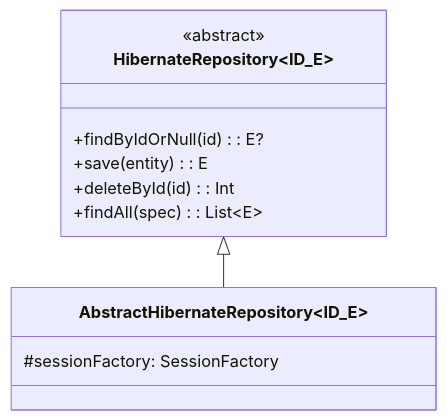
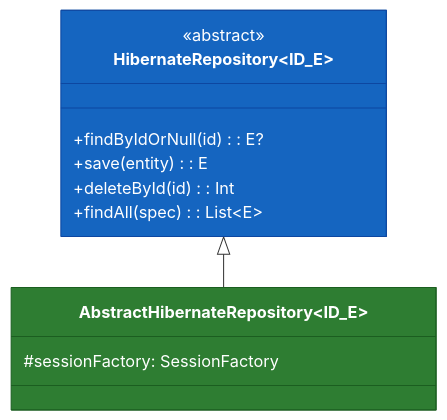
One commit to bluetape4k/bluetape4k-projects changed the first of 3 diagrams in data/hibernate/README.ko.md. Above: the diagram before and after it, drawn with Mermaid. The commit also changed other lines of this file and 221 other files, not shown here.

First line of the commit message:
docs: 전체 모듈 README UML 다이어그램 보강 및 색상 업그레이드

````diff
--- a/data/hibernate/README.ko.md
+++ b/data/hibernate/README.ko.md
@@ -521,16 +521,18 @@
 ```mermaid
 classDiagram
     direction TB
     class HibernateRepository~ID_E~ {
         <<abstract>>
         +findByIdOrNull(id): E?
         +save(entity): E
         +deleteById(id): Int
         +findAll(spec): List~E~
     }
     class AbstractHibernateRepository~ID_E~ {
         #sessionFactory: SessionFactory
     }
     HibernateRepository <|-- AbstractHibernateRepository
 
+    style HibernateRepository fill:#1565C0,stroke:#0D47A1,color:#FFFFFF
+    style AbstractHibernateRepository fill:#2E7D32,stroke:#1B5E20,color:#FFFFFF
 ```
````
